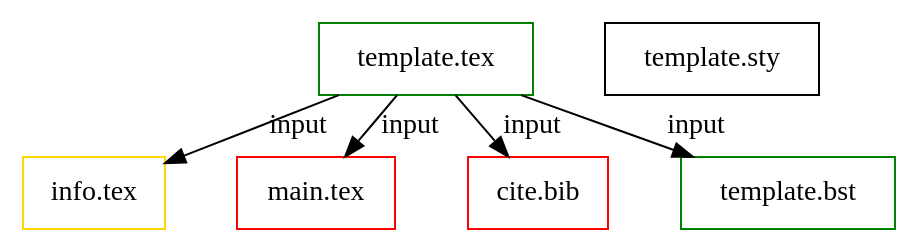
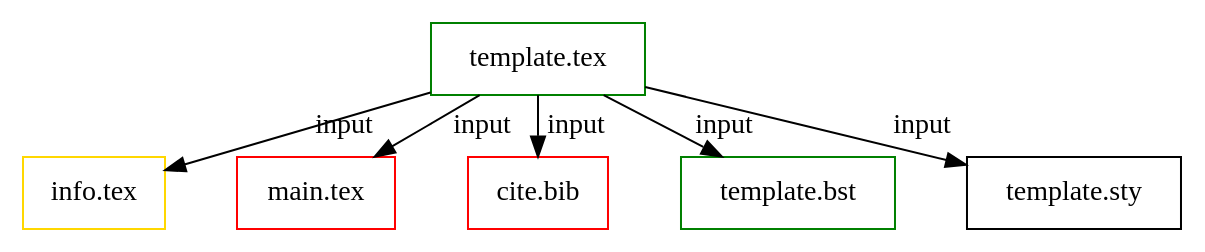
One commit to bwtian/texTemplate changed the diagram in texTemplate.org. Above: the diagram before and after it, drawn with Graphviz. The commit also changed other lines of this file and 1 other file, not shown here.

Commit message:
- ‘.#texTemplate.org’ / ‘texTemplate.org’

```diff
--- a/texTemplate.org
+++ b/texTemplate.org
@@ -4,21 +4,21 @@
 #+BEGIN_SRC dot :file ./texTemplate.svg 
 digraph { 
 fontname="Times"; 
 fontsize = 12; 
 splines = false; 
 ranksep = 0.2; 
 nodesep = 0.5; 
 node [shape = box] 
 //1. set node 
 temp [label = "template.tex", color = green]
 info [label = "info.tex", color = gold]
 main [label = "main.tex", color = red]
 bib [label = "cite.bib", color = red]
 bst [label = "template.bst", color = green]
 sty [label = "template.sty"]
 //2. set path 
-temp -> {info,main, bib, bst} [label = input]
+temp -> {info,main, bib, bst, sty} [label = input]
 //3. set rank 
 
 }
 #+END_SRC
```
